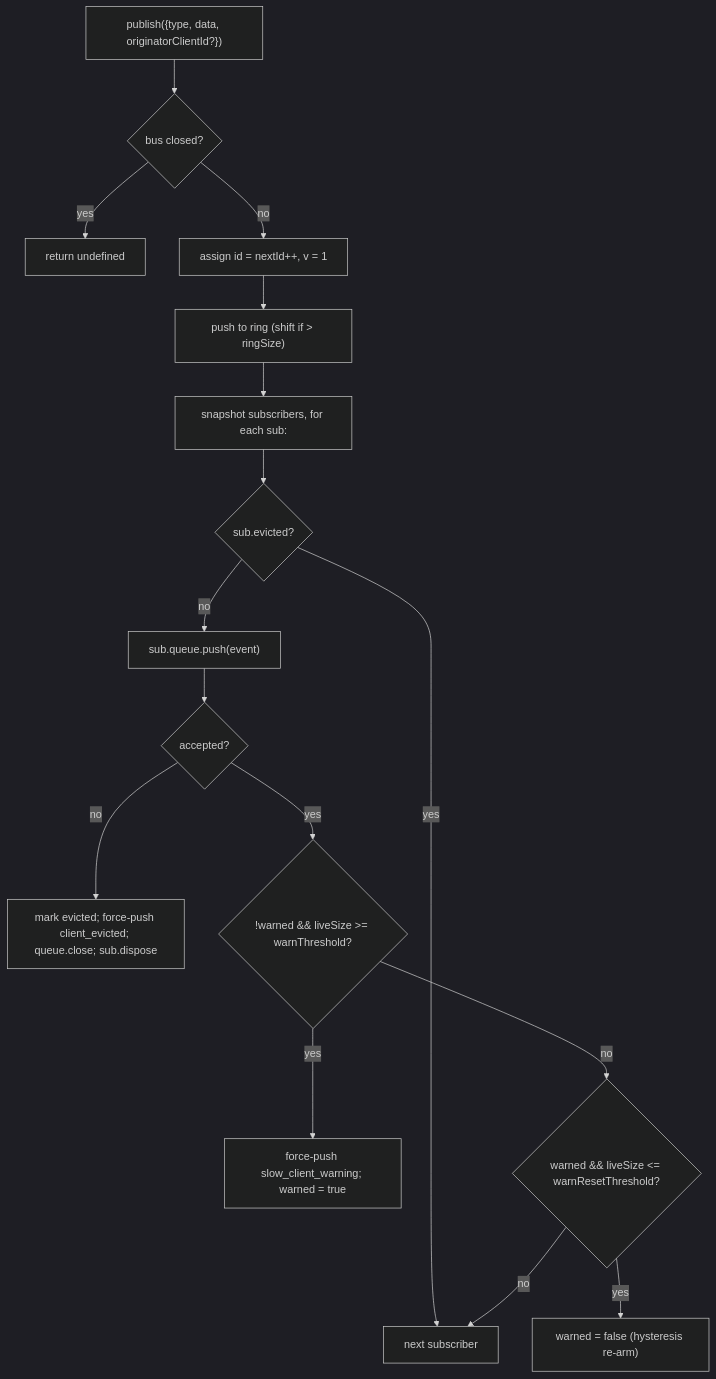
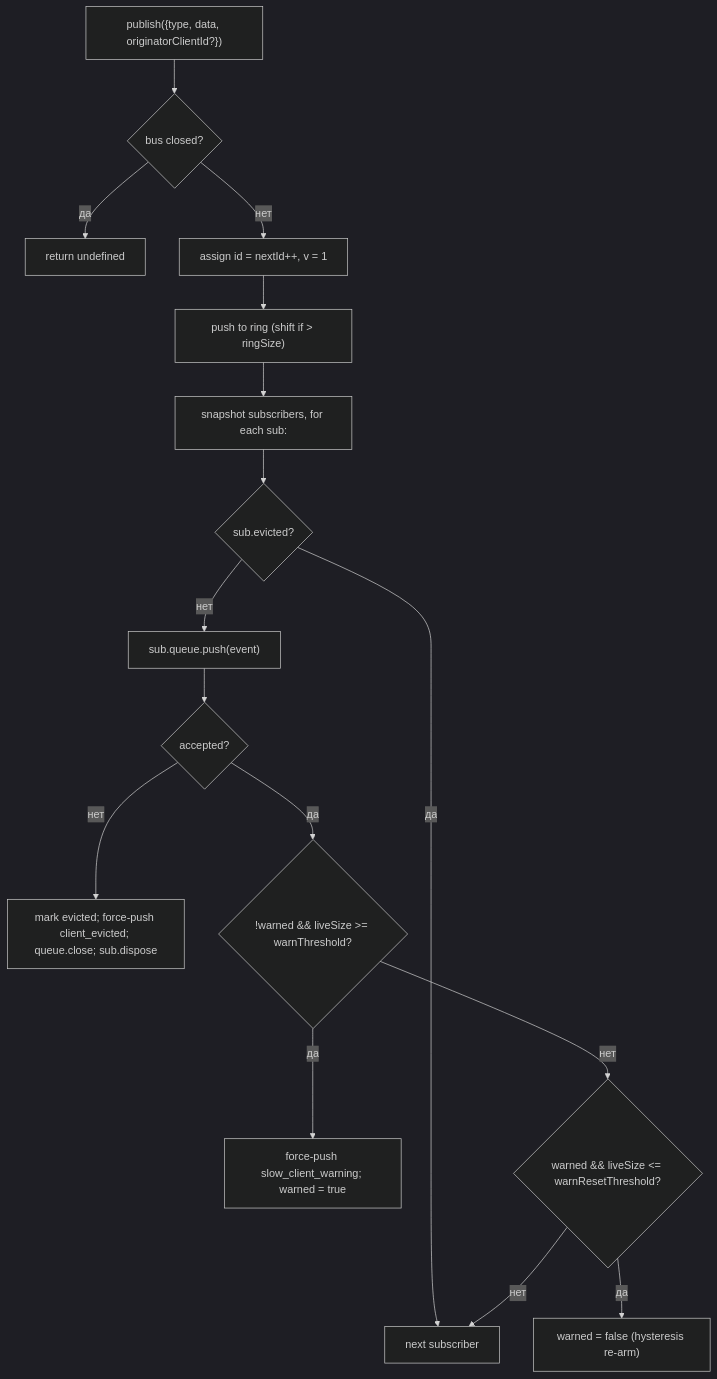
One commit to QwenLM/qwen-code-docs changed the first of 2 diagrams in website/content/ru/developers/daemon/10-event-bus.md. Above: the diagram before and after it, drawn with Mermaid (dark theme). The commit also changed other lines of this file and 1077 other files, not shown here.

````diff
--- a/website/content/ru/developers/daemon/10-event-bus.md
+++ b/website/content/ru/developers/daemon/10-event-bus.md
@@ -69,18 +69,18 @@
 ```mermaid
 flowchart TD
     P["publish({type, data, originatorClientId?})"] --> C{"bus closed?"}
-    C -->|yes| RU["return undefined"]
-    C -->|no| AID["assign id = nextId++, v = 1"]
+    C -->|да| RU["return undefined"]
+    C -->|нет| AID["assign id = nextId++, v = 1"]
     AID --> PR["push to ring (shift if > ringSize)"]
     PR --> FAN["snapshot subscribers, for each sub:"]
     FAN --> EVCK{"sub.evicted?"}
-    EVCK -->|yes| NEXT[next subscriber]
-    EVCK -->|no| PUSH["sub.queue.push(event)"]
+    EVCK -->|да| NEXT[next subscriber]
+    EVCK -->|нет| PUSH["sub.queue.push(event)"]
     PUSH --> OK{"accepted?"}
-    OK -->|no| EVICT["mark evicted; force-push client_evicted; queue.close; sub.dispose"]
-    OK -->|yes| WARN{"!warned && liveSize >= warnThreshold?"}
-    WARN -->|yes| FW["force-push slow_client_warning; warned = true"]
-    WARN -->|no| RES{"warned && liveSize <= warnResetThreshold?"}
-    RES -->|yes| RA["warned = false (hysteresis re-arm)"]
-    RES -->|no| NEXT
+    OK -->|нет| EVICT["mark evicted; force-push client_evicted; queue.close; sub.dispose"]
+    OK -->|да| WARN{"!warned && liveSize >= warnThreshold?"}
+    WARN -->|да| FW["force-push slow_client_warning; warned = true"]
+    WARN -->|нет| RES{"warned && liveSize <= warnResetThreshold?"}
+    RES -->|да| RA["warned = false (hysteresis re-arm)"]
+    RES -->|нет| NEXT
 ```
````
